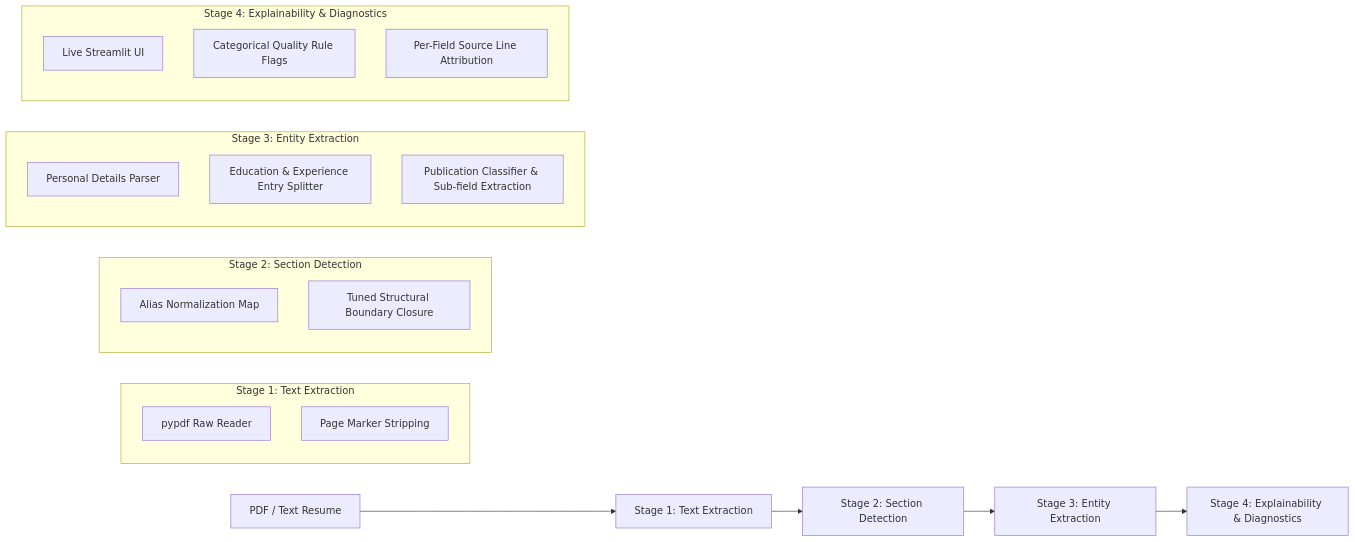
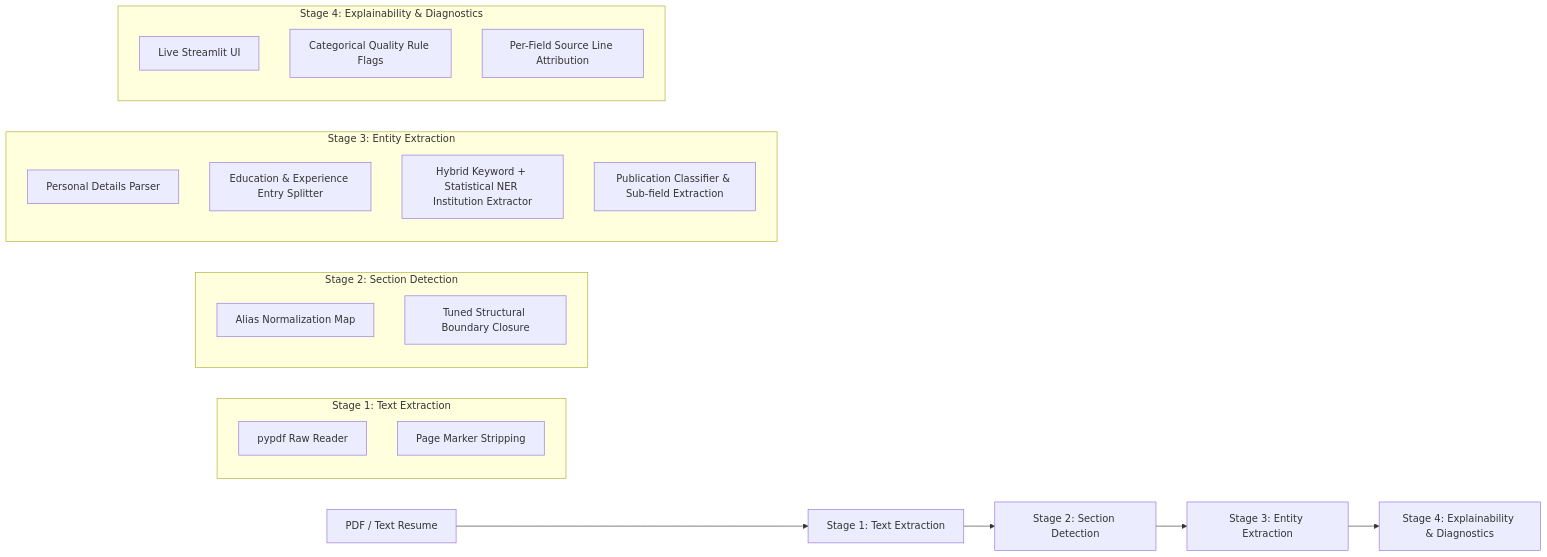
Before and after one commit to shrey-sp4/NLU-Based-Resume-Information-Extraction-and-Recruitment-System: the diagram in README.md, drawn with Mermaid. The commit also changed other lines of this file and 27 other files, not shown here.

Commit message:
Add hybrid statistical NER fallback (spaCy en_core_web_sm) for institution extraction

````diff
--- a/README.md
+++ b/README.md
@@ -11,29 +11,30 @@
 ```mermaid
 flowchart LR
     A[PDF / Text Resume] --> B[Stage 1: Text Extraction]
     B --> C[Stage 2: Section Detection]
     C --> D[Stage 3: Entity Extraction]
     D --> E[Stage 4: Explainability & Diagnostics]
 
     subgraph Stage 1: Text Extraction
     B1[pypdf Raw Reader]
     B2[Page Marker Stripping]
     end
 
     subgraph Stage 2: Section Detection
     C1[Alias Normalization Map]
     C2[Tuned Structural Boundary Closure]
     end
 
     subgraph Stage 3: Entity Extraction
     D1[Personal Details Parser]
     D2[Education & Experience Entry Splitter]
-    D3[Publication Classifier & Sub-field Extraction]
+    D3[Hybrid Keyword + Statistical NER Institution Extractor]
+    D4[Publication Classifier & Sub-field Extraction]
     end
 
     subgraph Stage 4: Explainability & Diagnostics
     E1[Live Streamlit UI]
     E2[Categorical Quality Rule Flags]
     E3[Per-Field Source Line Attribution]
     end
 ```
````
